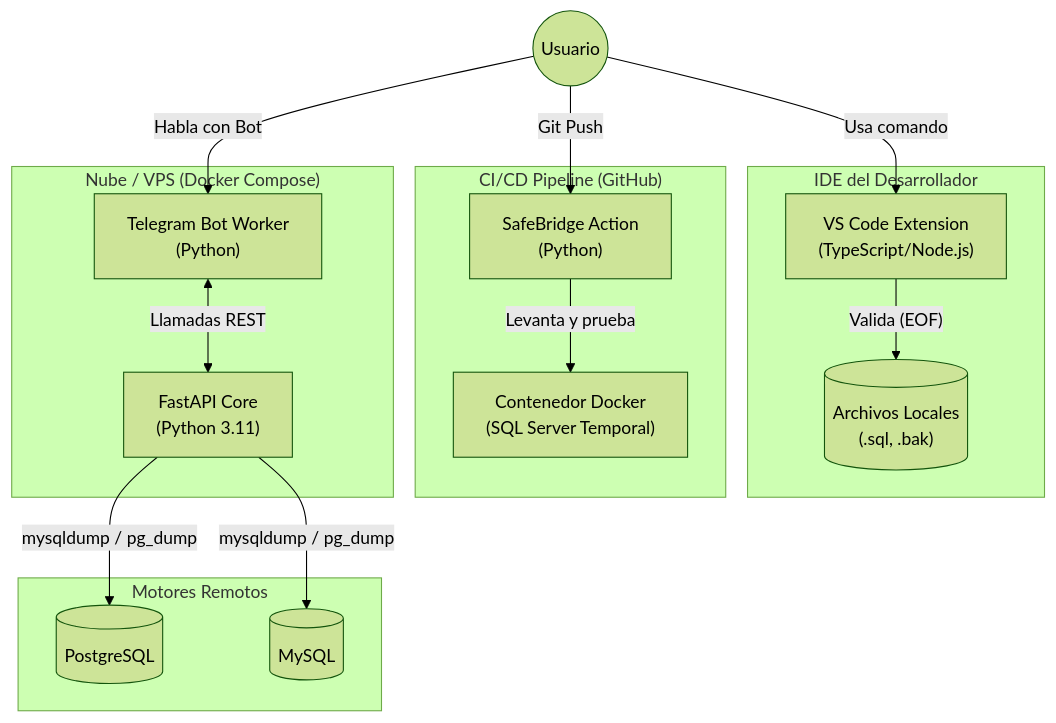
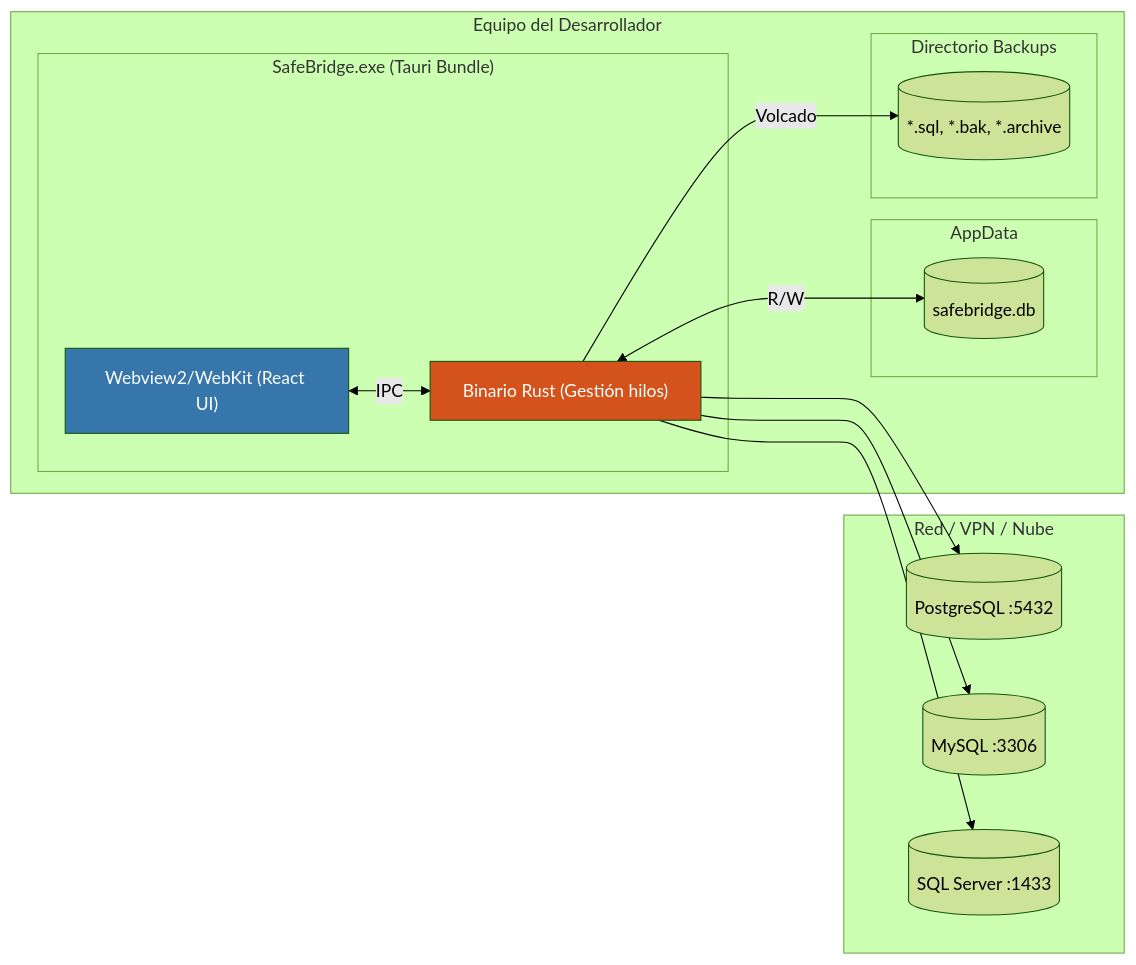
One commit to UPT-FAING-EPIS/proyecto-si783-2026-i-u3-backup_restaurar_bd changed diagram 12 of 14 in FD04-Informe-Arquitectura-de-Software.md. Above: the diagram before and after it, drawn with Mermaid (forest theme). The commit also changed other lines of this file and 6 other files, not shown here.

````diff
--- a/FD04-Informe-Arquitectura-de-Software.md
+++ b/FD04-Informe-Arquitectura-de-Software.md
@@ -60,31 +622,32 @@
 ```mermaid
-graph TD
-    subgraph "IDE del Desarrollador"
-        VSCODE["VS Code Extension\n(TypeScript/Node.js)"]
-        BAK_LOCAL[("Archivos Locales\n(.sql, .bak)")]
-        VSCODE -->|"Valida (EOF)"| BAK_LOCAL
+graph LR
+    subgraph "Equipo del Desarrollador"
+        subgraph "SafeBridge.exe (Tauri Bundle)"
+            WV["Webview2/WebKit (React UI)"]
+            RB["Binario Rust (Gestión hilos)"]
+            WV <-->|"IPC"| RB
+        end
+        subgraph "AppData"
+            DBF[("safebridge.db")]
+        end
+        subgraph "Directorio Backups"
+            BAK[("*.sql, *.bak, *.archive")]
+        end
     end
 
-    subgraph "CI/CD Pipeline (GitHub)"
-        GHACTION["SafeBridge Action\n(Python)"]
-        DOCKER_TMP["Contenedor Docker\n(SQL Server Temporal)"]
-        GHACTION -->|"Levanta y prueba"| DOCKER_TMP
+    RB <-->|"R/W"| DBF
+    RB -->|"Volcado"| BAK
+
+    subgraph "Red / VPN / Nube"
+        D1[("PostgreSQL :5432")]
+        D2[("MySQL :3306")]
+        D3[("SQL Server :1433")]
     end
 
-    subgraph "Nube / VPS (Docker Compose)"
-        BOT["Telegram Bot Worker\n(Python)"]
-        API["FastAPI Core\n(Python 3.11)"]
-        BOT <-->|"Llamadas REST"| API
-    end
+    RB --> D1
+    RB --> D2
+    RB --> D3
 
-    subgraph "Motores Remotos"
-        DB1[(PostgreSQL)]
-        DB2[(MySQL)]
-        API -->|"mysqldump / pg_dump"| DB1
-        API -->|"mysqldump / pg_dump"| DB2
-    end
-    
-    USER((Usuario)) -->|"Habla con Bot"| BOT
-    USER -->|"Usa comando"| VSCODE
-    USER -->|"Git Push"| GHACTION
+    style RB fill:#d4531c,color:#fff
+    style WV fill:#3776ab,color:#fff
 ```
````
